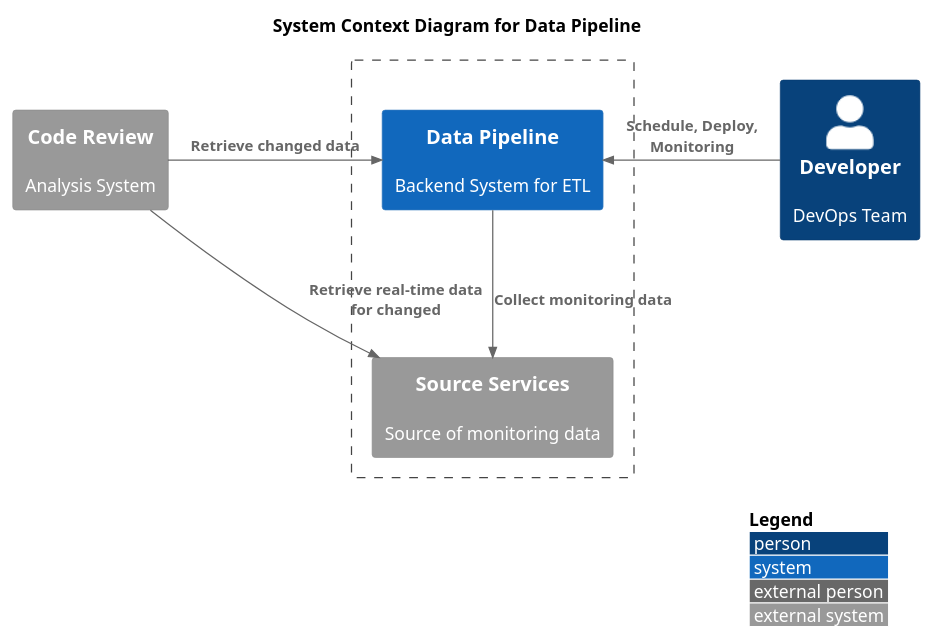
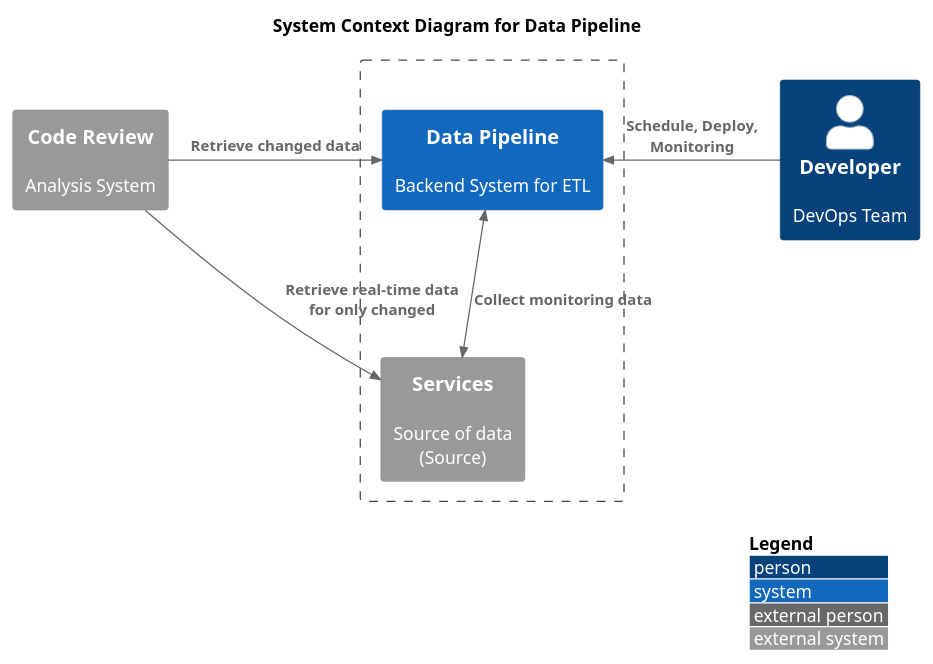
One commit to yanghoon/obsidian-workspace changed the first of 2 diagrams in _diary/2024-06-19.md. Above: the diagram before and after it, drawn with PlantUML.

Commit message:
vault backup: 2024-06-21 19:28:01

````diff
--- a/_diary/2024-06-19.md
+++ b/_diary/2024-06-19.md
@@ -3,20 +3,20 @@
 ```plantuml
 !include <C4/C4_Context.puml>
 
 LAYOUT_TOP_DOWN()
 LAYOUT_WITH_LEGEND()
 
 title System Context Diagram for Data Pipeline
 
 System_Ext(analysis, "Code Review", "Analysis System")
 Boundary(system, "") {
-	System_Ext(service, "Source Services", "Source of monitoring data")
+	System_Ext(service, "Services", "Source of data\n(Source)")
 	System(app, "Data Pipeline", "Backend System for ETL")
 }
 Person(developer, "Developer", "DevOps Team")
 
 Rel_Right(analysis, app, "Retrieve changed data")
-Rel_Right(analysis, service, "Retrieve real-time data for changed")
+Rel_Right(analysis, service, "Retrieve real-time data for only changed")
 Rel_Left(developer, app, "Schedule, Deploy, Monitoring")
-Rel_Down(app, service, "Collect monitoring data")
+BiRel_Down(app, service, "Collect monitoring data")
 ```
````
